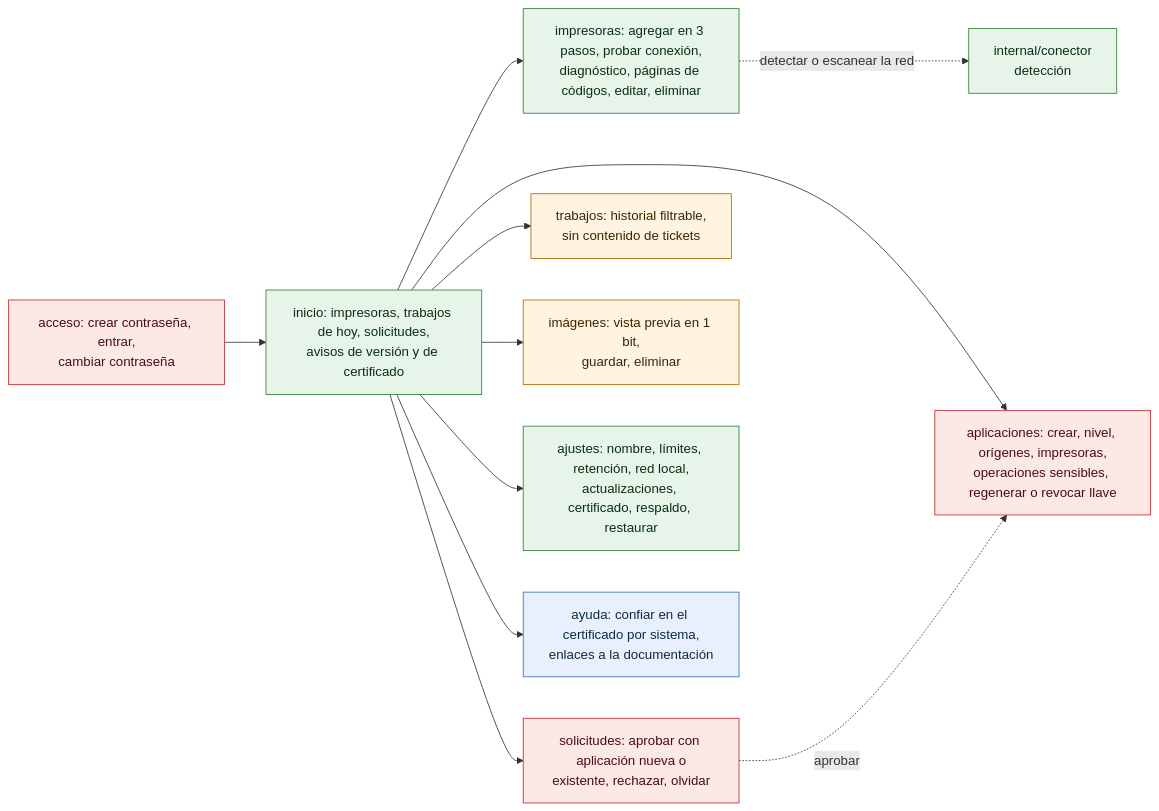
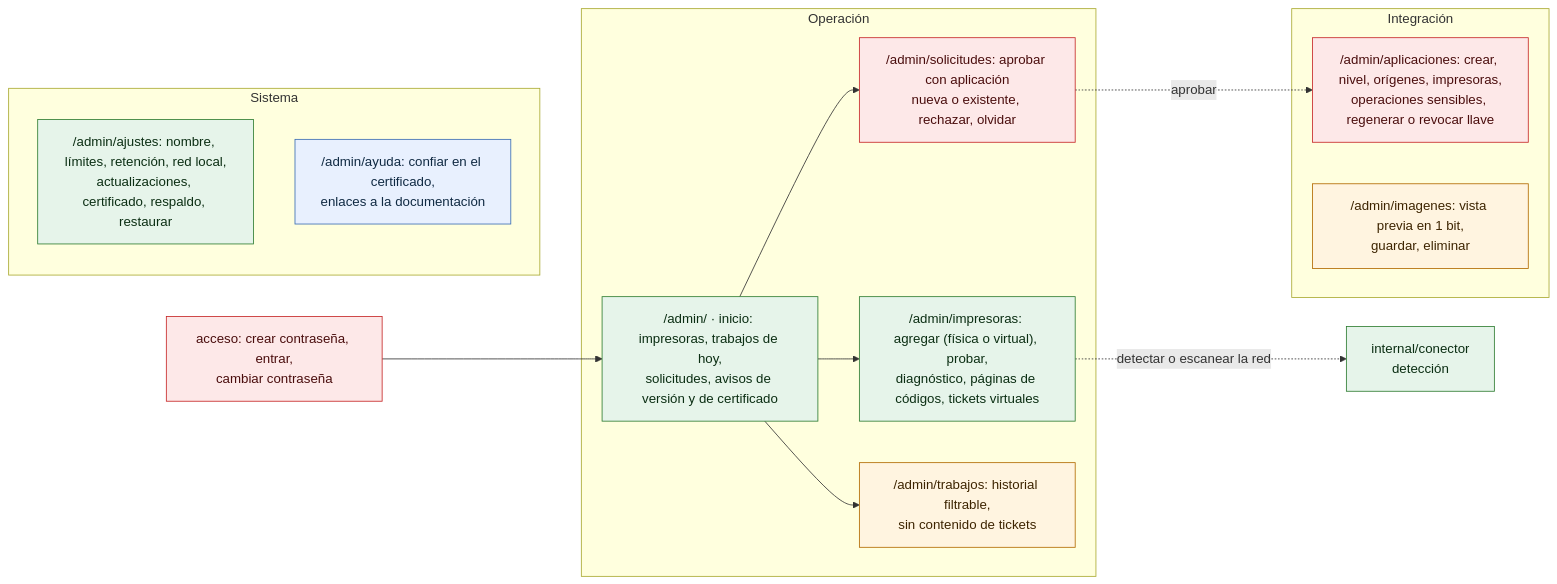
Before and after one commit to bayalad7/prisma: the diagram in docs/diagramas/15-panel-navegacion.md, drawn with Mermaid. The commit also changed other lines of this file and 12 other files, not shown here.

First line of the commit message:
documentacion(prisma): describe la navegación nueva del panel

````diff
--- a/docs/diagramas/15-panel-navegacion.md
+++ b/docs/diagramas/15-panel-navegacion.md
@@ -5,18 +5,27 @@
 ```mermaid
 flowchart LR
     acceso["acceso: crear contraseña, entrar,<br/>cambiar contraseña"]:::seguridad --> inicio
-    inicio["inicio: impresoras, trabajos de hoy, solicitudes,<br/>avisos de versión y de certificado"]:::prisma
-    inicio --> imp["impresoras: agregar en 3 pasos, probar conexión,<br/>diagnóstico, páginas de códigos, editar, eliminar"]:::prisma
-    inicio --> apps["aplicaciones: crear, nivel, orígenes, impresoras,<br/>operaciones sensibles, regenerar o revocar llave"]:::seguridad
-    inicio --> sol["solicitudes: aprobar con aplicación nueva o<br/>existente, rechazar, olvidar"]:::seguridad
-    inicio --> trab["trabajos: historial filtrable,<br/>sin contenido de tickets"]:::datos
-    inicio --> rec["imágenes: vista previa en 1 bit,<br/>guardar, eliminar"]:::datos
-    inicio --> aj["ajustes: nombre, límites, retención, red local,<br/>actualizaciones, certificado, respaldo, restaurar"]:::prisma
-    inicio --> ay["ayuda: confiar en el certificado por sistema,<br/>enlaces a la documentación"]:::externo
+    subgraph operacion["Operación"]
+        inicio["/admin/ · inicio: impresoras, trabajos de hoy,<br/>solicitudes, avisos de versión y de certificado"]:::prisma
+        imp["/admin/impresoras: agregar (física o virtual), probar,<br/>diagnóstico, páginas de códigos, tickets virtuales"]:::prisma
+        sol["/admin/solicitudes: aprobar con aplicación<br/>nueva o existente, rechazar, olvidar"]:::seguridad
+        trab["/admin/trabajos: historial filtrable,<br/>sin contenido de tickets"]:::datos
+    end
+    subgraph integracion["Integración"]
+        apps["/admin/aplicaciones: crear, nivel, orígenes, impresoras,<br/>operaciones sensibles, regenerar o revocar llave"]:::seguridad
+        rec["/admin/imagenes: vista previa en 1 bit,<br/>guardar, eliminar"]:::datos
+    end
+    subgraph sistema["Sistema"]
+        aj["/admin/ajustes: nombre, límites, retención, red local,<br/>actualizaciones, certificado, respaldo, restaurar"]:::prisma
+        ay["/admin/ayuda: confiar en el certificado,<br/>enlaces a la documentación"]:::externo
+    end
+    inicio --> imp
+    inicio --> sol
+    inicio --> trab
     sol -. "aprobar" .-> apps
     imp -. "detectar o escanear la red" .-> det["internal/conector<br/>detección"]:::prisma
     classDef externo fill:#e8f0fe,stroke:#3b6db3,color:#102a43
     classDef prisma fill:#e6f4ea,stroke:#2f7d32,color:#0b2e13
     classDef datos fill:#fff4e0,stroke:#b26a00,color:#3d2400
     classDef seguridad fill:#fde8e8,stroke:#c62828,color:#4a0d0d
 ```
````
